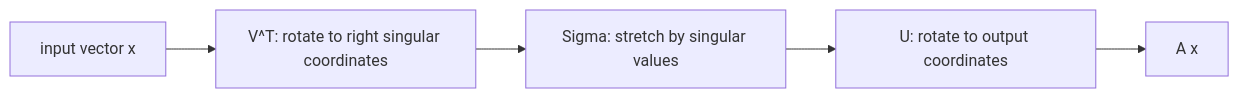
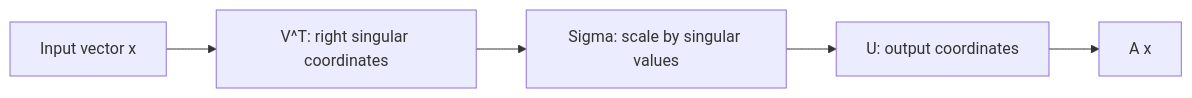
Before and after one commit to justinbrianhwang/SJ-wiki: the diagram in docs/math/linear-algebra/singular-value-decomposition.md, drawn with Mermaid. The commit also changed other lines of this file and 955 other files, not shown here.

````diff
--- a/docs/math/linear-algebra/singular-value-decomposition.md
+++ b/docs/math/linear-algebra/singular-value-decomposition.md
@@ -106,7 +26,7 @@
 ```mermaid
 flowchart LR
-  X["input vector x"] --> VT["V^T: rotate to right singular coordinates"]
-  VT --> S["Sigma: stretch by singular values"]
-  S --> U["U: rotate to output coordinates"]
+  X["Input vector x"] --> VT["V^T: right singular coordinates"]
+  VT --> S["Sigma: scale by singular values"]
+  S --> U["U: output coordinates"]
   U --> AX["A x"]
 ```
````
